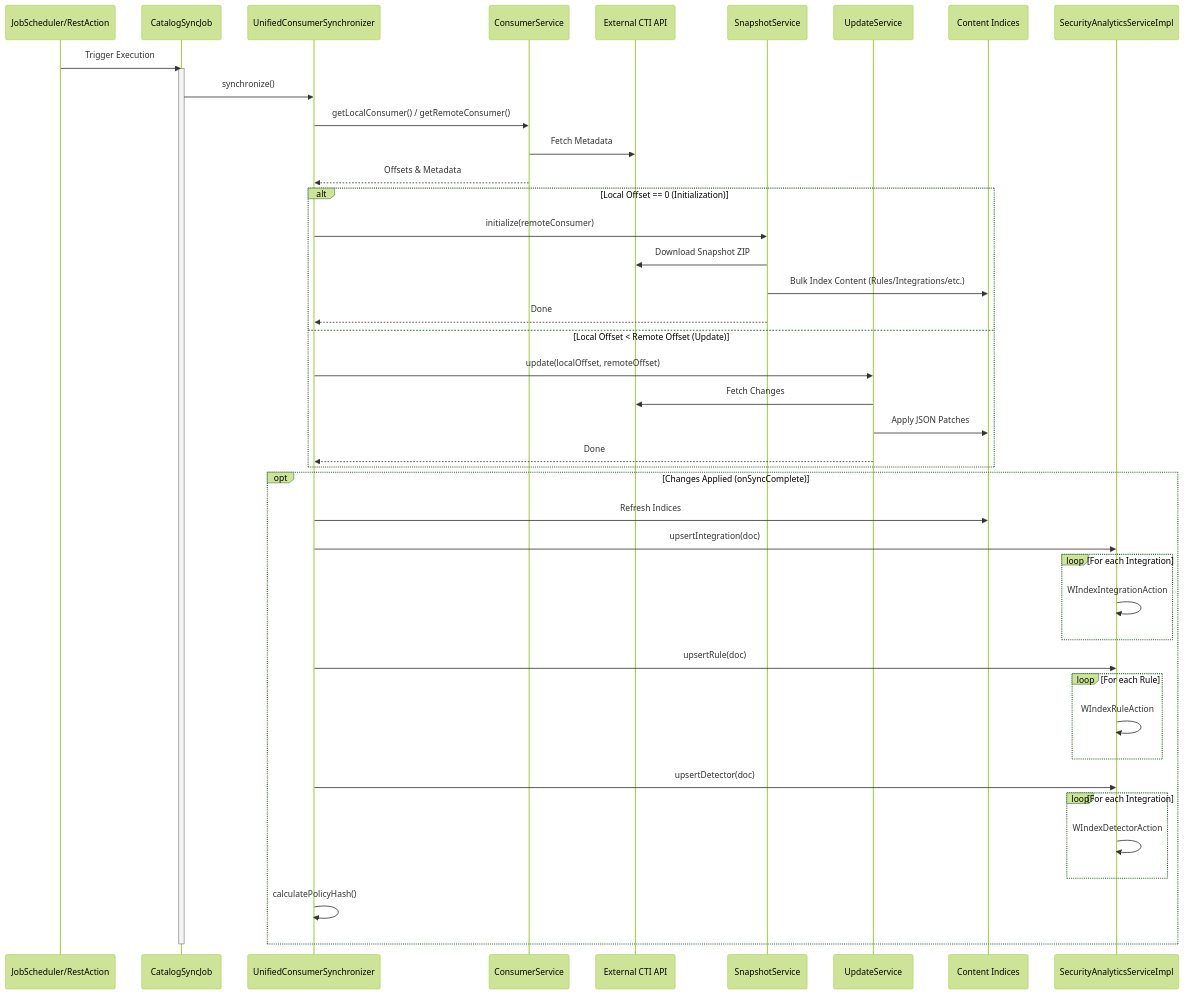
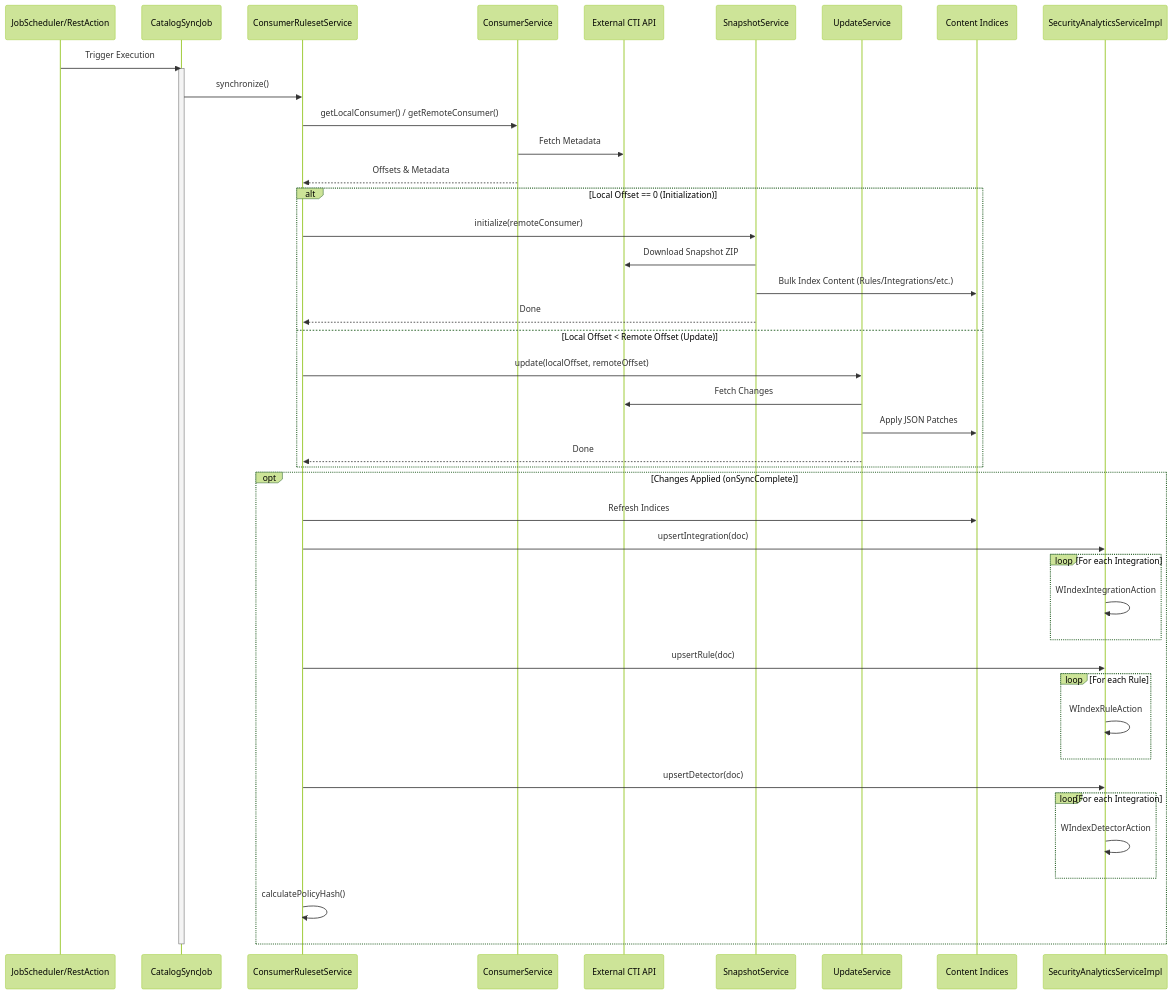
Before and after one commit to wazuh/wazuh-indexer-plugins: the first of 6 diagrams in docs/dev/plugins/content-manager.md, drawn with Mermaid (forest theme). The commit also changed 3 other files, not shown here.

````diff
--- a/docs/dev/plugins/content-manager.md
+++ b/docs/dev/plugins/content-manager.md
@@ -267,56 +267,56 @@
 ```mermaid
 sequenceDiagram
     participant Scheduler as JobScheduler/RestAction
     participant SyncJob as CatalogSyncJob
-    participant Synchronizer as UnifiedConsumerSynchronizer
+    participant Synchronizer as ConsumerRulesetService
     participant ConsumerSvc as ConsumerService
     participant CTI as External CTI API
     participant Snapshot as SnapshotService
     participant Update as UpdateService
     participant Indices as Content Indices
     participant SAP as SecurityAnalyticsServiceImpl
 
     Scheduler->>SyncJob: Trigger Execution
     activate SyncJob
 
     SyncJob->>Synchronizer: synchronize()
 
     Synchronizer->>ConsumerSvc: getLocalConsumer() / getRemoteConsumer()
     ConsumerSvc->>CTI: Fetch Metadata
     ConsumerSvc-->>Synchronizer: Offsets & Metadata
 
     alt Local Offset == 0 (Initialization)
         Synchronizer->>Snapshot: initialize(remoteConsumer)
         Snapshot->>CTI: Download Snapshot ZIP
         Snapshot->>Indices: Bulk Index Content (Rules/Integrations/etc.)
         Snapshot-->>Synchronizer: Done
     else Local Offset < Remote Offset (Update)
         Synchronizer->>Update: update(localOffset, remoteOffset)
         Update->>CTI: Fetch Changes
         Update->>Indices: Apply JSON Patches
         Update-->>Synchronizer: Done
     end
 
     opt Changes Applied (onSyncComplete)
         Synchronizer->>Indices: Refresh Indices
 
         Synchronizer->>SAP: upsertIntegration(doc)
         loop For each Integration
             SAP->>SAP: WIndexIntegrationAction
         end
 
         Synchronizer->>SAP: upsertRule(doc)
         loop For each Rule
             SAP->>SAP: WIndexRuleAction
         end
 
         Synchronizer->>SAP: upsertDetector(doc)
         loop For each Integration
             SAP->>SAP: WIndexDetectorAction
         end
 
         Synchronizer->>Synchronizer: calculatePolicyHash()
     end
 
     deactivate SyncJob
 ```
````
